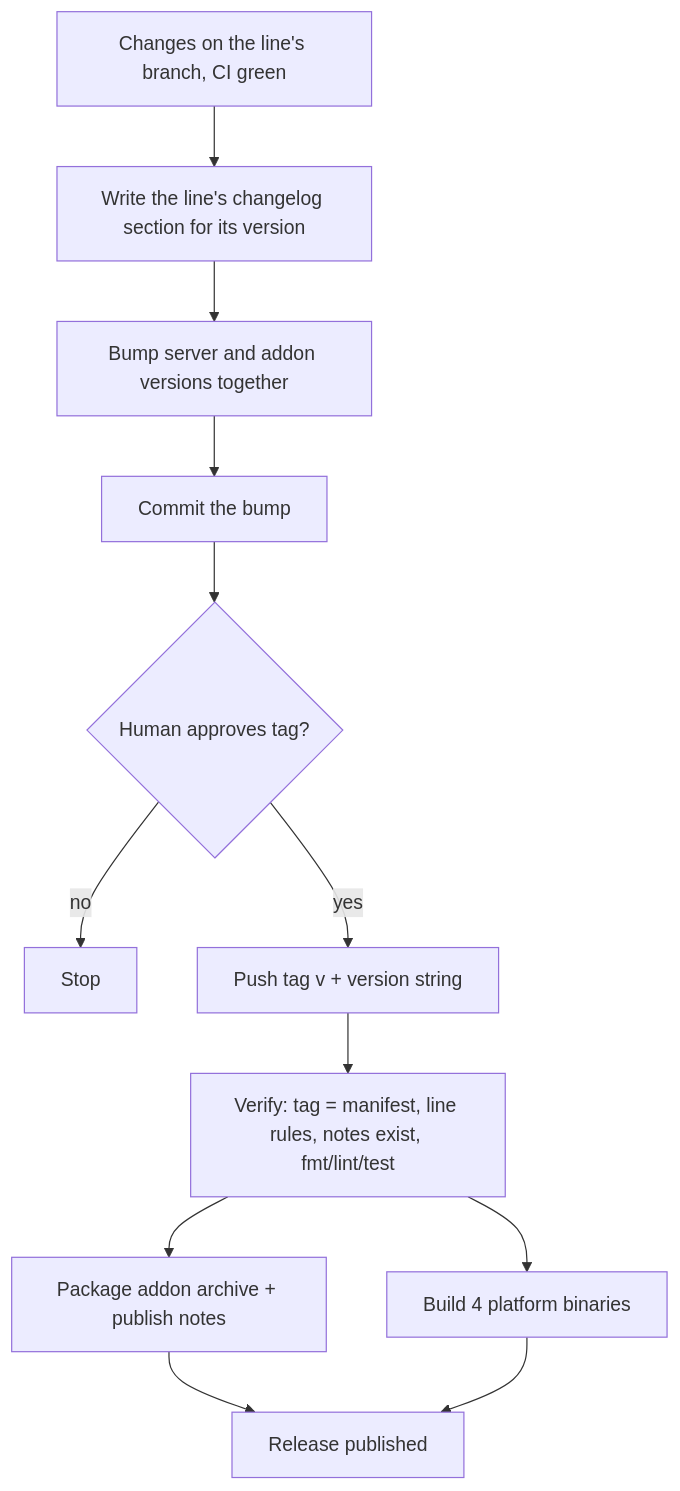
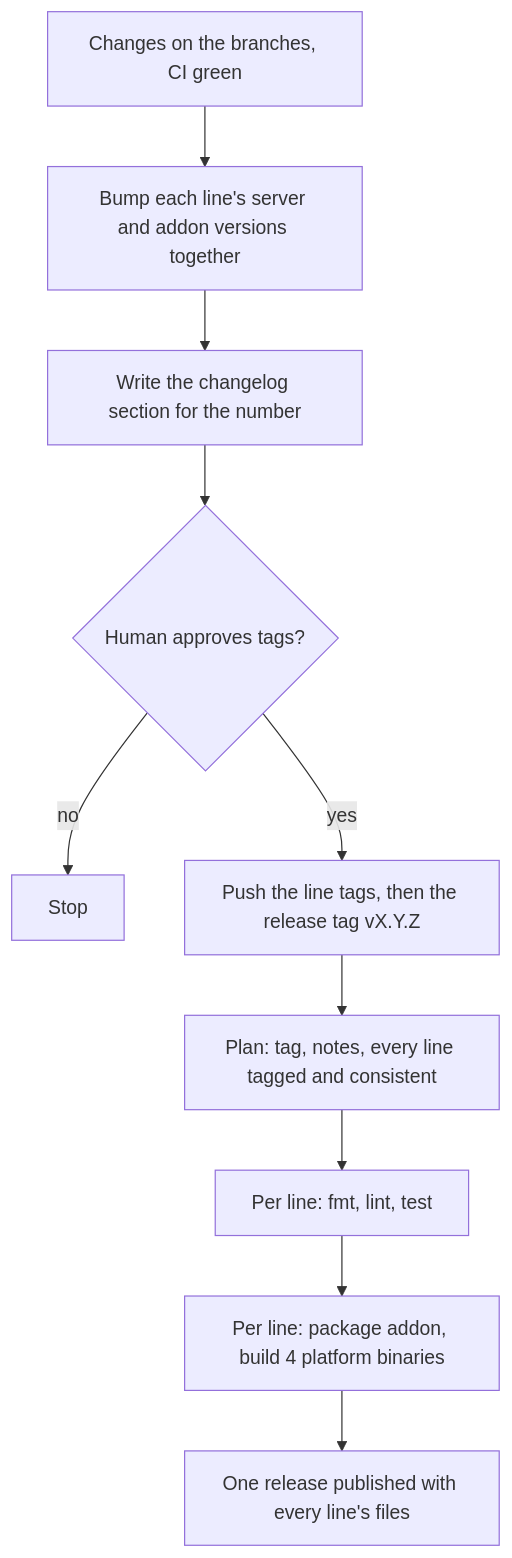
Before and after one commit to theromis/godot-mcp: the diagram in .design/main/specifications/l1-distribution.md, drawn with Mermaid. The commit also changed other lines of this file and 5 other files, not shown here.

Commit message:
docs(design): specify one release holding every Godot line

````diff
--- a/.design/main/specifications/l1-distribution.md
+++ b/.design/main/specifications/l1-distribution.md
@@ -47,14 +47,12 @@
 ```mermaid
 graph TD
-    A[Changes on the line's branch, CI green] --> B[Write the line's changelog section for its version]
-    B --> C[Bump server and addon versions together]
-    C --> D[Commit the bump]
-    D --> E{Human approves tag?}
-    E -->|no| F[Stop]
-    E -->|yes| G[Push tag v + version string]
-    G --> H[Verify: tag = manifest, line rules, notes exist, fmt/lint/test]
-    H --> I[Package addon archive + publish notes]
-    H --> J[Build 4 platform binaries]
-    I --> K[Release published]
-    J --> K
+    A[Changes on the branches, CI green] --> B[Bump each line's server and addon versions together]
+    B --> C[Write the changelog section for the number]
+    C --> D{Human approves tags?}
+    D -->|no| E[Stop]
+    D -->|yes| F[Push the line tags, then the release tag vX.Y.Z]
+    F --> G[Plan: tag, notes, every line tagged and consistent]
+    G --> H[Per line: fmt, lint, test]
+    H --> I[Per line: package addon, build 4 platform binaries]
+    I --> J[One release published with every line's files]
 ```
````
